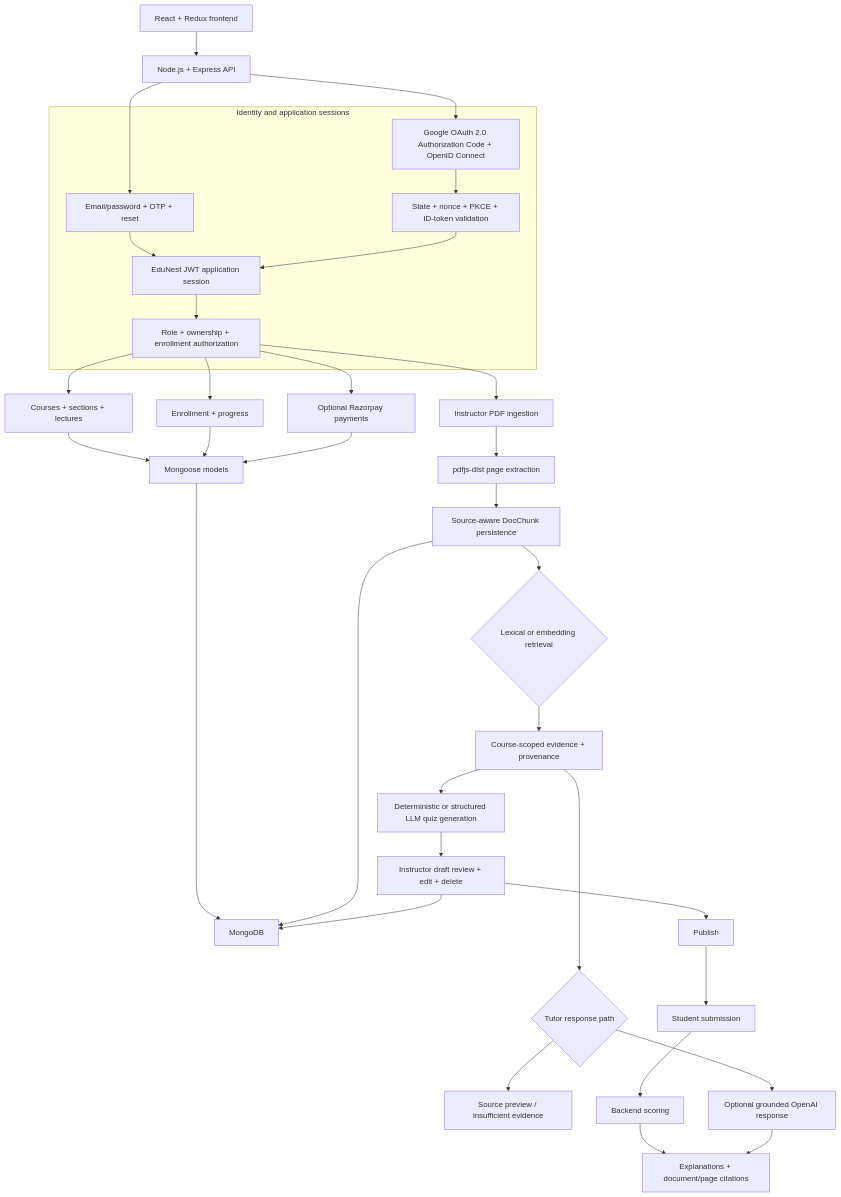
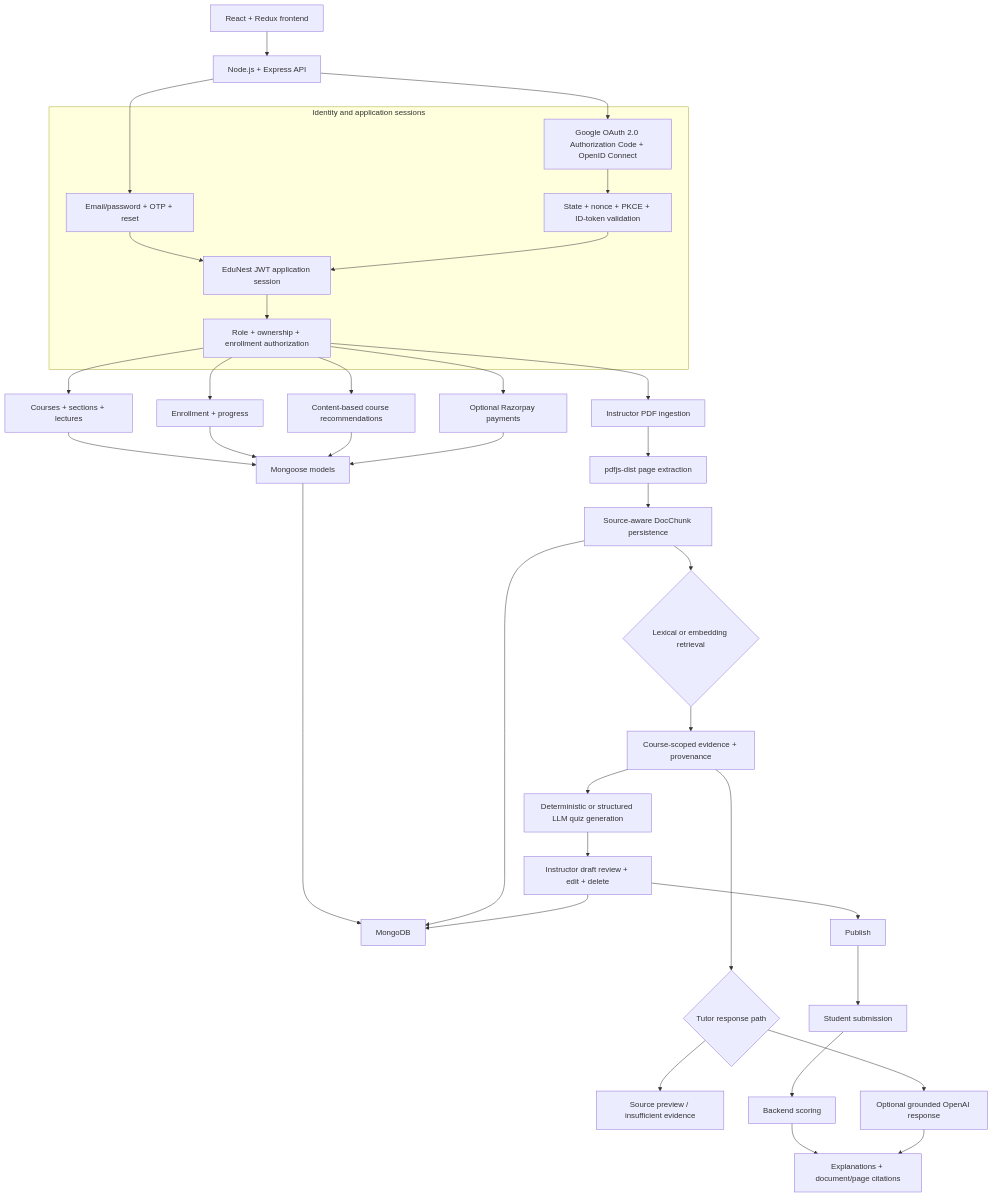
The diagram in README.md (knb2345/EduNest-AI), drawn with Mermaid before and after one commit. The commit also changed other lines of this file and 5 other files, not shown here.

Commit message:
docs: document content-based course recommendations

````diff
--- a/README.md
+++ b/README.md
@@ -73,41 +83,43 @@
 ```mermaid
 flowchart TB
   Browser["React + Redux frontend"] --> API["Node.js + Express API"]
 
   subgraph Identity["Identity and application sessions"]
     Local["Email/password + OTP + reset"] --> Session["EduNest JWT application session"]
     Google["Google OAuth 2.0 Authorization Code + OpenID Connect"] --> Checks["State + nonce + PKCE + ID-token validation"]
     Checks --> Session
     Session --> Authorization["Role + ownership + enrollment authorization"]
   end
 
   API --> Local
   API --> Google
   Authorization --> Learning["Courses + sections + lectures"]
   Authorization --> Enrollment["Enrollment + progress"]
+  Authorization --> Recommend["Content-based course recommendations"]
   Authorization --> Payment["Optional Razorpay payments"]
 
   Learning --> Mongoose["Mongoose models"]
   Enrollment --> Mongoose
+  Recommend --> Mongoose
   Payment --> Mongoose
   Mongoose --> MongoDB["MongoDB"]
 
   Authorization --> Upload["Instructor PDF ingestion"]
   Upload --> PDF["pdfjs-dist page extraction"]
   PDF --> Chunks["Source-aware DocChunk persistence"]
   Chunks --> MongoDB
   Chunks --> Retrieval{"Lexical or embedding retrieval"}
   Retrieval --> Evidence["Course-scoped evidence + provenance"]
   Evidence --> Tutor{"Tutor response path"}
   Tutor --> Preview["Source preview / insufficient evidence"]
   Tutor --> OpenAI["Optional grounded OpenAI response"]
 
   Evidence --> QuizGen["Deterministic or structured LLM quiz generation"]
   QuizGen --> Draft["Instructor draft review + edit + delete"]
   Draft --> Publish["Publish"]
   Publish --> Submit["Student submission"]
   Submit --> Score["Backend scoring"]
   Score --> Results["Explanations + document/page citations"]
   OpenAI --> Results
   Draft --> MongoDB
 ```
````
